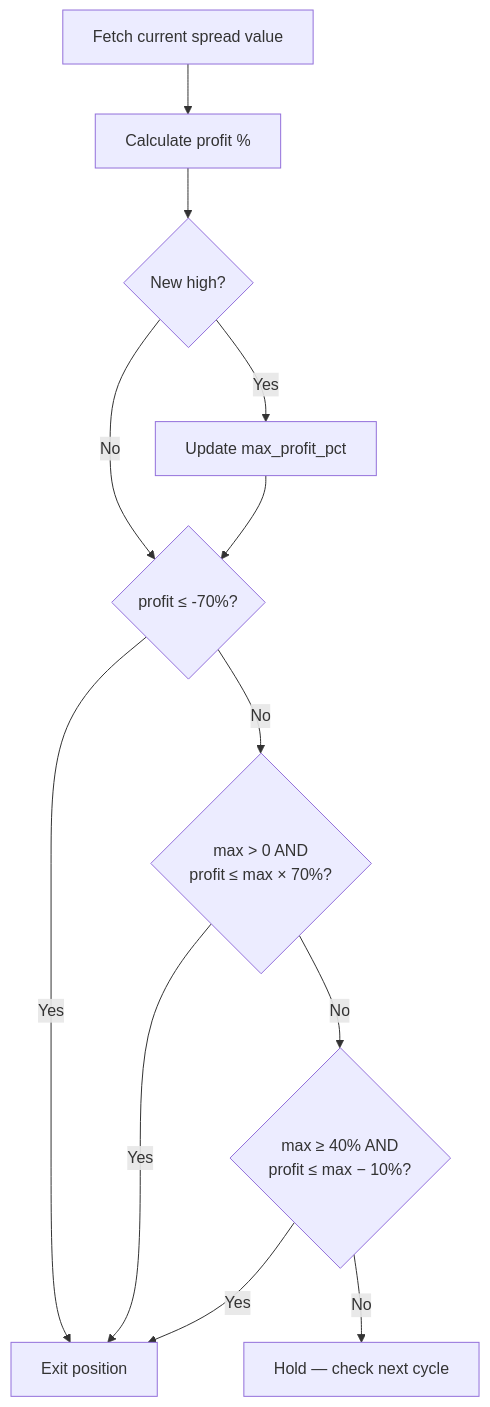
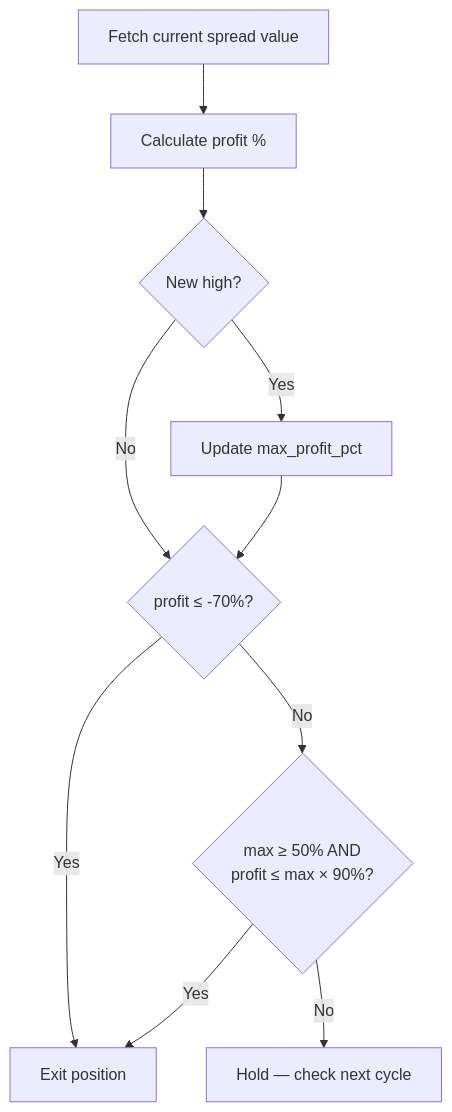
The second of 2 diagrams in docs/HOW_IT_WORKS.md (rakeshnemani/0dte), drawn with Mermaid before and after one commit. The commit also changed other lines of this file and 5 other files, not shown here.

````diff
--- a/docs/HOW_IT_WORKS.md
+++ b/docs/HOW_IT_WORKS.md
@@ -242,16 +236,14 @@
 ```mermaid
 graph TD
     Fetch[Fetch current spread value] --> Calc[Calculate profit %]
     Calc --> UpdateMax{New high?}
     UpdateMax -- Yes --> SetMax[Update max_profit_pct]
     UpdateMax -- No --> R1
     SetMax --> R1
 
     R1{profit ≤ -70%?}
     R1 -- Yes --> Exit[Exit position]
-    R1 -- No --> R2{max > 0 AND\nprofit ≤ max × 70%?}
+    R1 -- No --> R2{max ≥ 50% AND\nprofit ≤ max × 90%?}
     R2 -- Yes --> Exit
-    R2 -- No --> R3{max ≥ 40% AND\nprofit ≤ max − 10%?}
-    R3 -- Yes --> Exit
-    R3 -- No --> Hold[Hold — check next cycle]
+    R2 -- No --> Hold[Hold — check next cycle]
 ```
````
